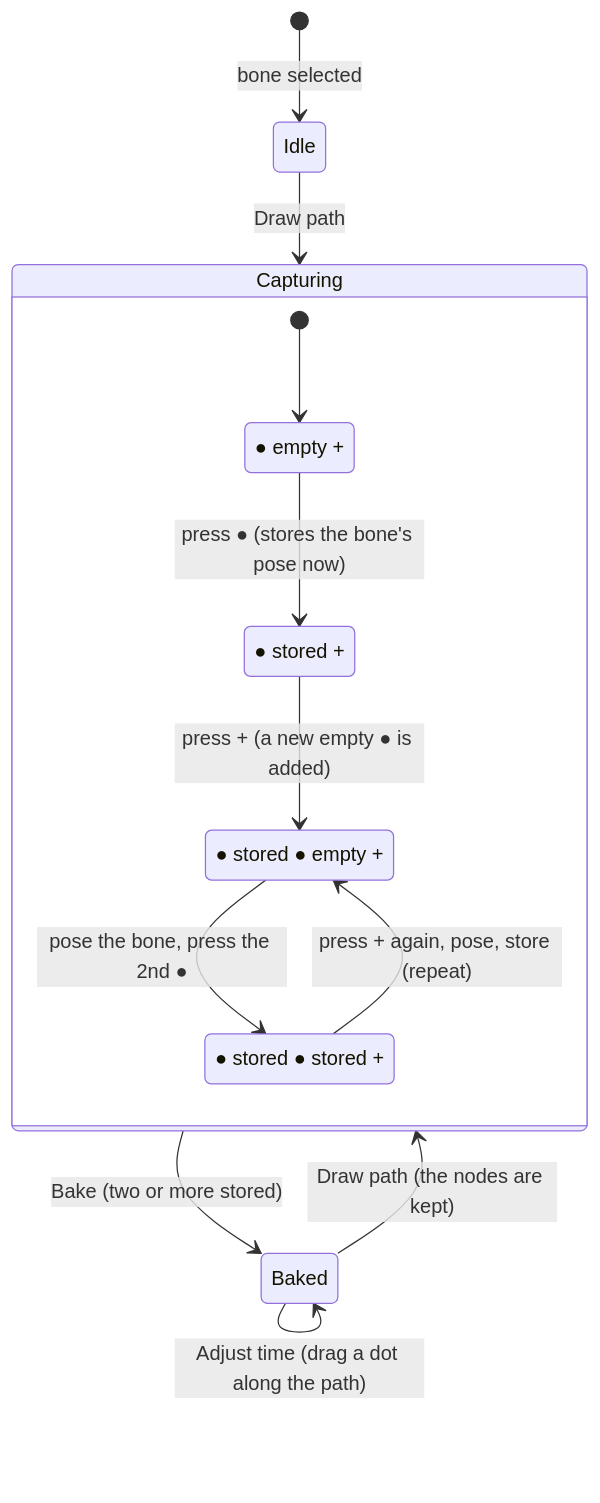
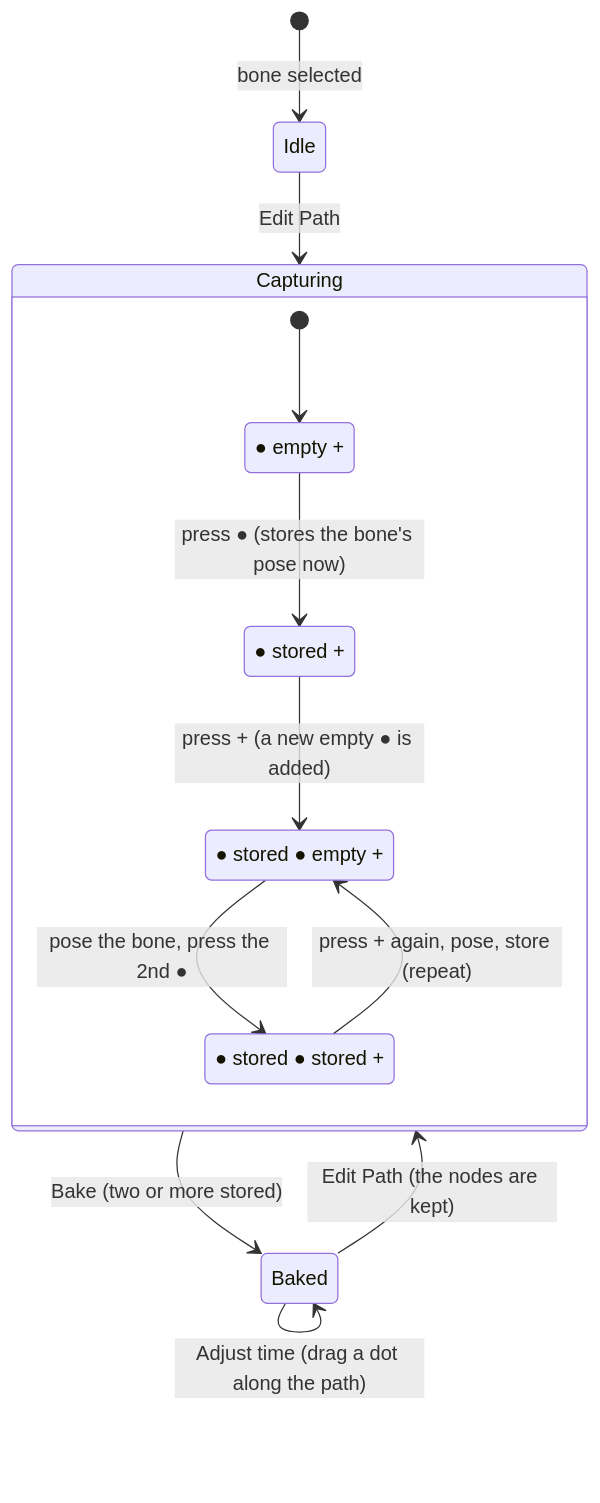
Before and after one commit to 12pnp/M0-Animation-2D: the diagram in Editor-BoneBurst-Src/docs/PATH-CAPTURE-PLAN.md, drawn with Mermaid. The commit also changed other lines of this file and 5 other files, not shown here.

Commit message:
BoneBurst Editor v2: rename the Draw path button to Edit Path

````diff
--- a/Editor-BoneBurst-Src/docs/PATH-CAPTURE-PLAN.md
+++ b/Editor-BoneBurst-Src/docs/PATH-CAPTURE-PLAN.md
@@ -15,19 +15,19 @@
 ```mermaid
 stateDiagram-v2
     [*] --> Idle: bone selected
-    Idle --> Capturing: Draw path
+    Idle --> Capturing: Edit Path
     state Capturing {
         [*] --> Start
         Start: ● empty  +
         Start --> One: press ● (stores the bone's pose now)
         One: ● stored  +
         One --> Two: press + (a new empty ● is added)
         Two: ● stored  ● empty  +
         Two --> Three: pose the bone, press the 2nd ●
         Three: ● stored  ● stored  +
         Three --> Two: press + again, pose, store (repeat)
     }
     Capturing --> Baked: Bake (two or more stored)
-    Baked --> Capturing: Draw path (the nodes are kept)
+    Baked --> Capturing: Edit Path (the nodes are kept)
     Baked --> Baked: Adjust time (drag a dot along the path)
 ```
````
